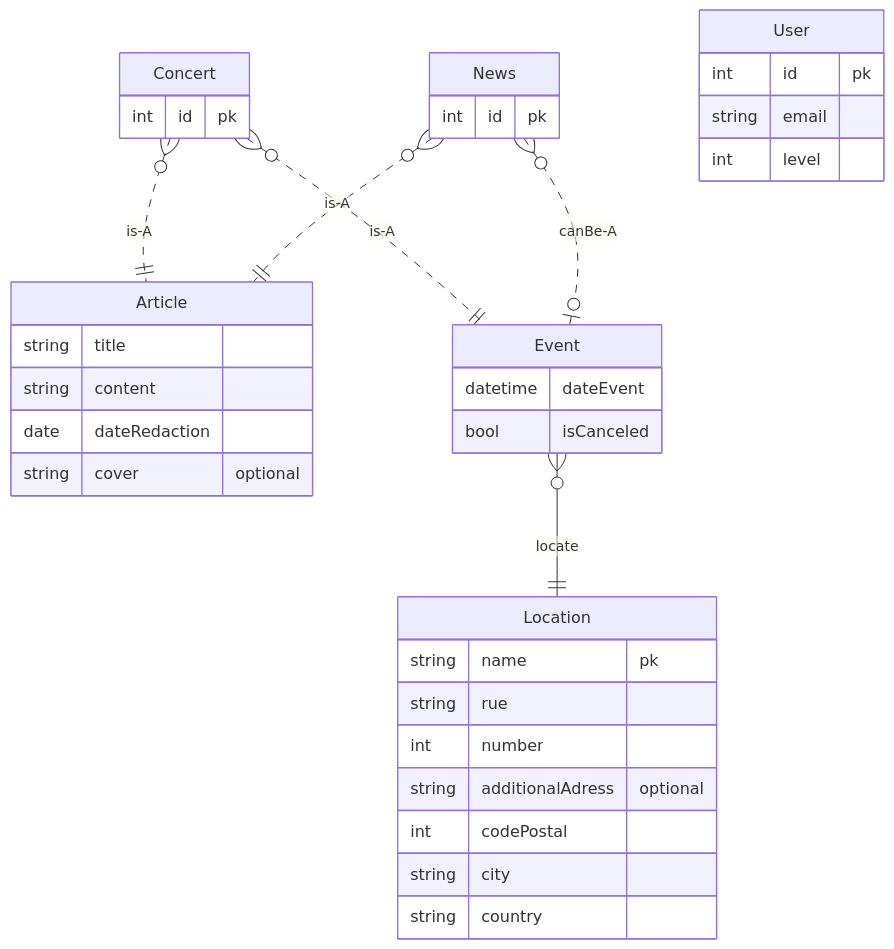
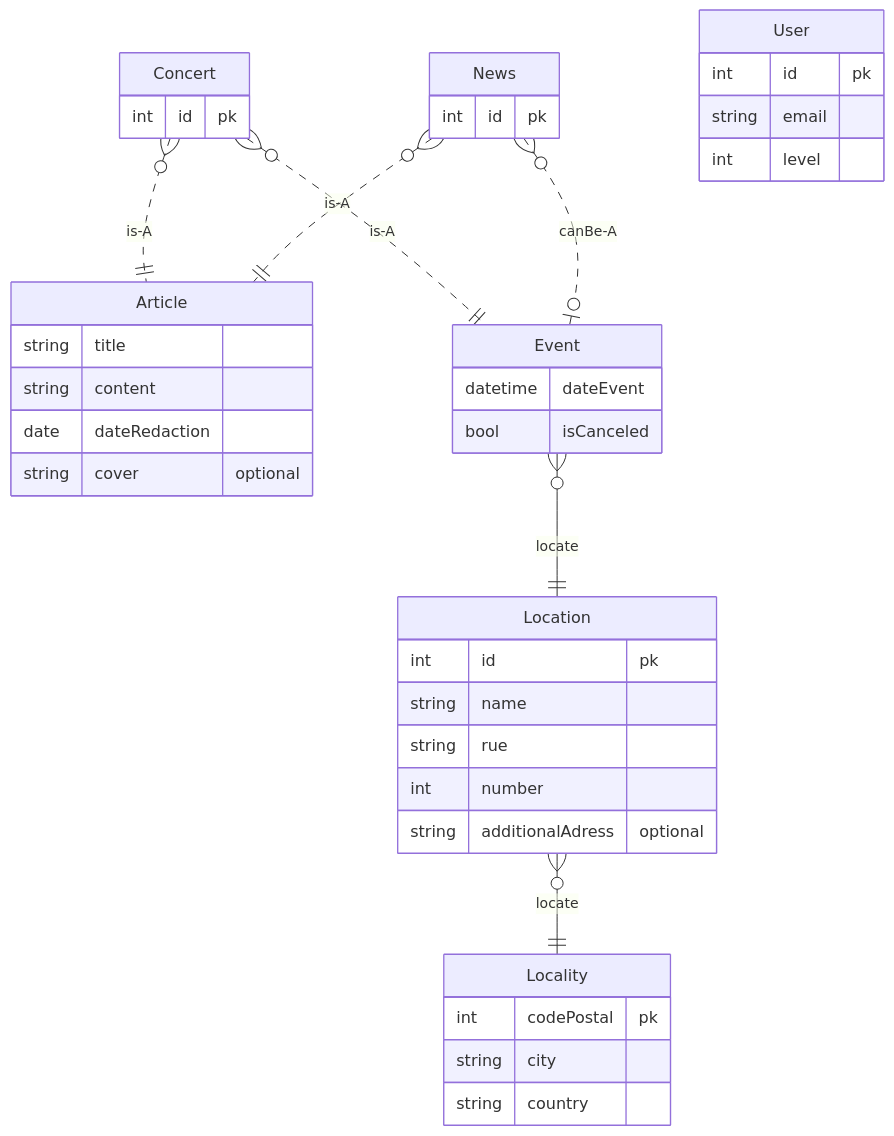
Before and after one commit to JBLNgithub/stockemoise-backend: the second of 2 diagrams in diagrams.md, drawn with Mermaid. The commit also changed 2 other files, not shown here.

Commit message:
initDB implementation

````diff
--- a/diagrams.md
+++ b/diagrams.md
@@ -74,46 +74,51 @@
 ```mermaid
 erDiagram
 
         Concert {
             int id "pk"
         }
 
         News {
             int id "pk"
         }
 
         Article {
             string title
             string content
             date dateRedaction
             string cover "optional"
         }
         
         Event {
             datetime dateEvent
             bool isCanceled
         }
 
         Location {
-            string name "pk"
+            int id "pk"
+            string name
             string rue
             int number
             string additionalAdress "optional"
-            int codePostal
+        }
+
+        Locality {
+            int codePostal "pk"
             string city
             string country
         }
 
         Concert }o..|| Article : is-A
         News }o..|| Article : is-A
         Concert }o..|| Event : is-A
         News }o..o| Event : canBe-A
         Event }o--|| Location : locate
+        Location }o--|| Locality : locate
 
         User {
             int id "pk"
             string email
             int level
         }
 
 ```
````
